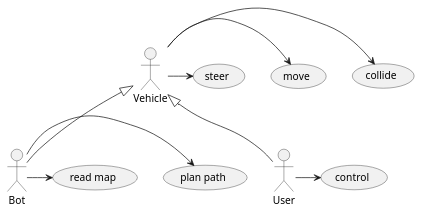
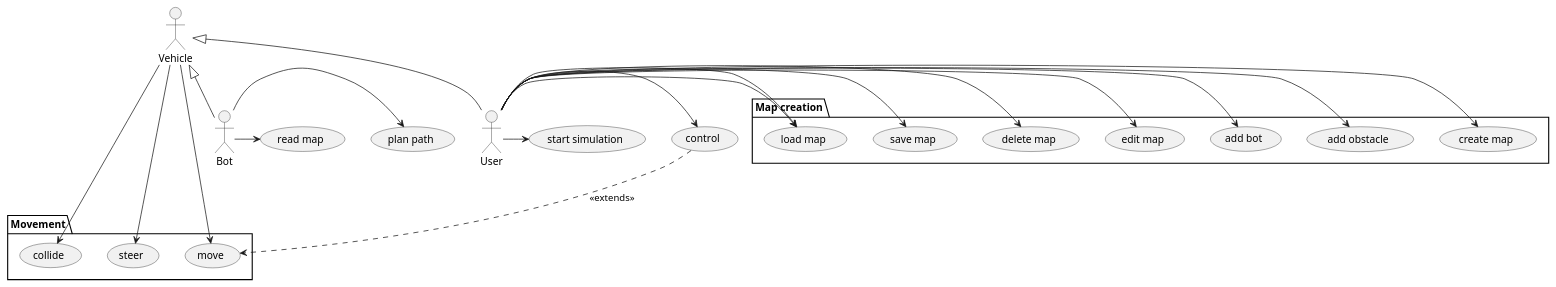
The diagram in doc/UC.plantuml (lotricekCZ/2D-round-robot-sim), drawn with PlantUML before and after one commit.

Commit message:
usecase update, any proposals are welcomed

```diff
--- a/doc/UC.plantuml
+++ b/doc/UC.plantuml
@@ -1,25 +1,53 @@
 @startuml gameplay
 skinparam Style strictuml
 
 actor Bot
+' actor Point
 actor User
 actor Vehicle
 
-usecase move
-usecase steer
-usecase collide
+package Movement {
+    usecase move
+    usecase steer
+    usecase collide
+}
+
+package "Map creation" {
+
+    usecase "create map"
+    usecase "add bot"
+    usecase "add obstacle"
+    usecase "edit map"
+    
+    usecase "delete map"
+    usecase "save map"
+    usecase "load map"
+    
+}
+
+usecase "start simulation"
 usecase control
 usecase "plan path"
 usecase "read map"
 
 :Vehicle: -> collide
 :Vehicle: -> move
 :Vehicle: -> steer
 
 :Bot: -> (plan path)
 :Bot: -> (read map)
 
 :Bot: -up-|> :Vehicle:
 :User: -up-|> :Vehicle:
 :User: -> (control)
+(control) -.> (move): <<extends>>
+:User: -> (create map)
+:User: -> (add obstacle)
+:User: -> (add bot)
+:User: -> (edit map)
+:User: -> (delete map)
+:User: -> (save map)
+:User: -> (load map)
+:User: -> (load map)
+:User: -> (start simulation)
 @enduml
```
